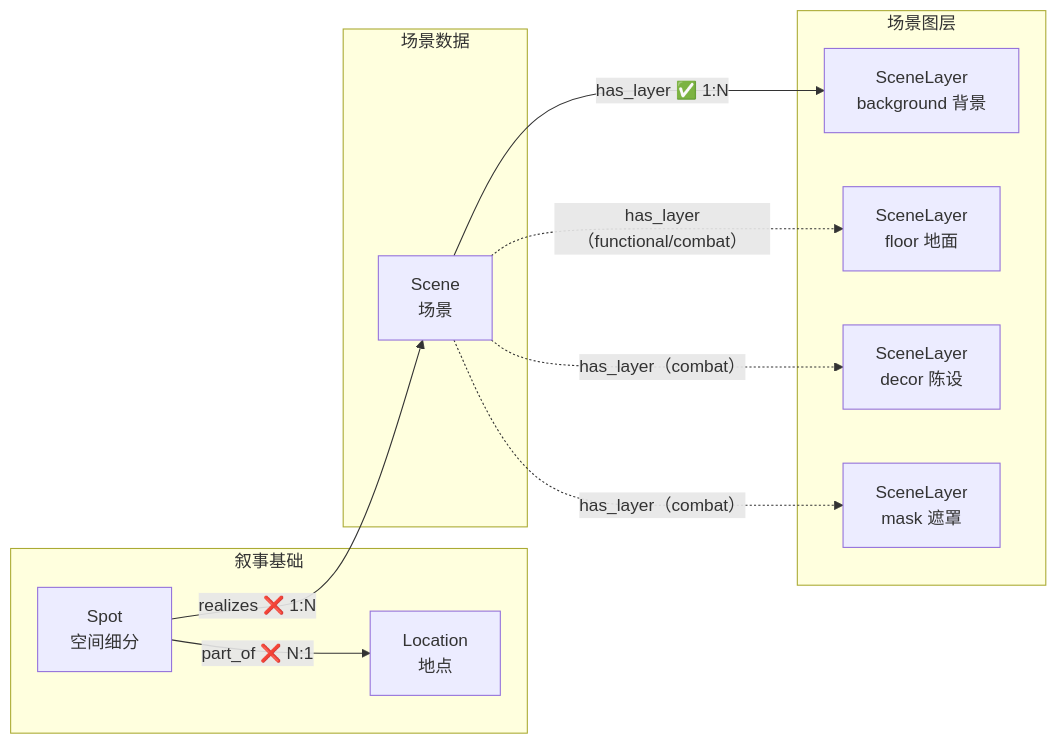
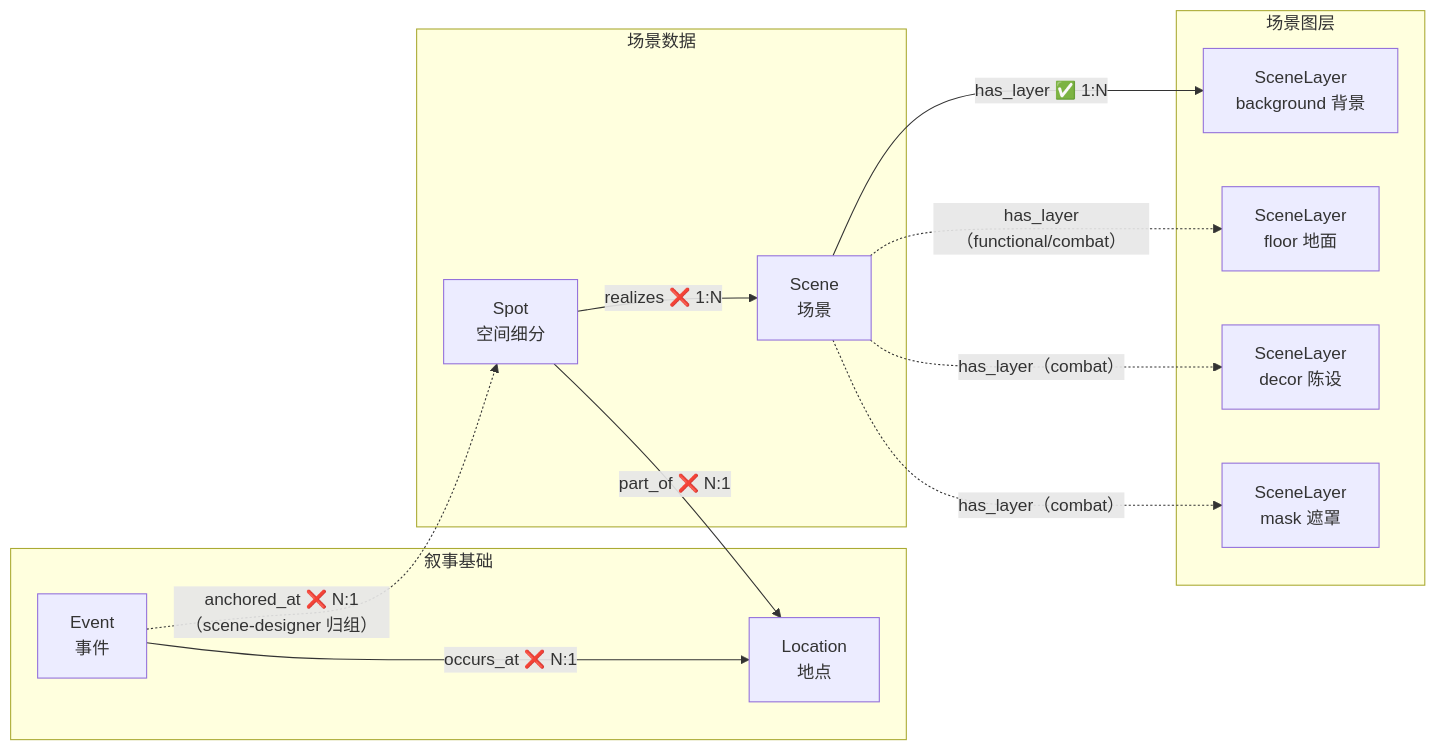
The diagram in 00_init/Schema/场景美术.md (CrazyJinn/ProxyLove), drawn with Mermaid before and after one commit. The commit also changed other lines of this file and 52 other files, not shown here.

````diff
--- a/00_init/Schema/场景美术.md
+++ b/00_init/Schema/场景美术.md
@@ -99,25 +138,28 @@
 ```mermaid
 flowchart LR
     subgraph 叙事["叙事基础"]
+        Event["Event<br/>事件"]
         Location["Location<br/>地点"]
-        Spot["Spot<br/>空间细分"]
     end
 
     subgraph 场景数据["场景数据"]
+        Spot["Spot<br/>空间细分"]
         Scene["Scene<br/>场景"]
     end
 
     subgraph 场景生产["场景图层"]
         Bg["SceneLayer<br/>background 背景"]
         Floor["SceneLayer<br/>floor 地面"]
         Decor["SceneLayer<br/>decor 陈设"]
         Mask["SceneLayer<br/>mask 遮罩"]
     end
 
+    Event -->|"occurs_at ❌ N:1"| Location
+    Event -.->|"anchored_at ❌ N:1（scene-designer 归组）"| Spot
     Spot -->|"part_of ❌ N:1"| Location
     Spot -->|"realizes ❌ 1:N"| Scene
     Scene -->|"has_layer ✅ 1:N"| Bg
     Scene -.->|"has_layer（functional/combat）"| Floor
     Scene -.->|"has_layer（combat）"| Decor
     Scene -.->|"has_layer（combat）"| Mask
 ```
````
